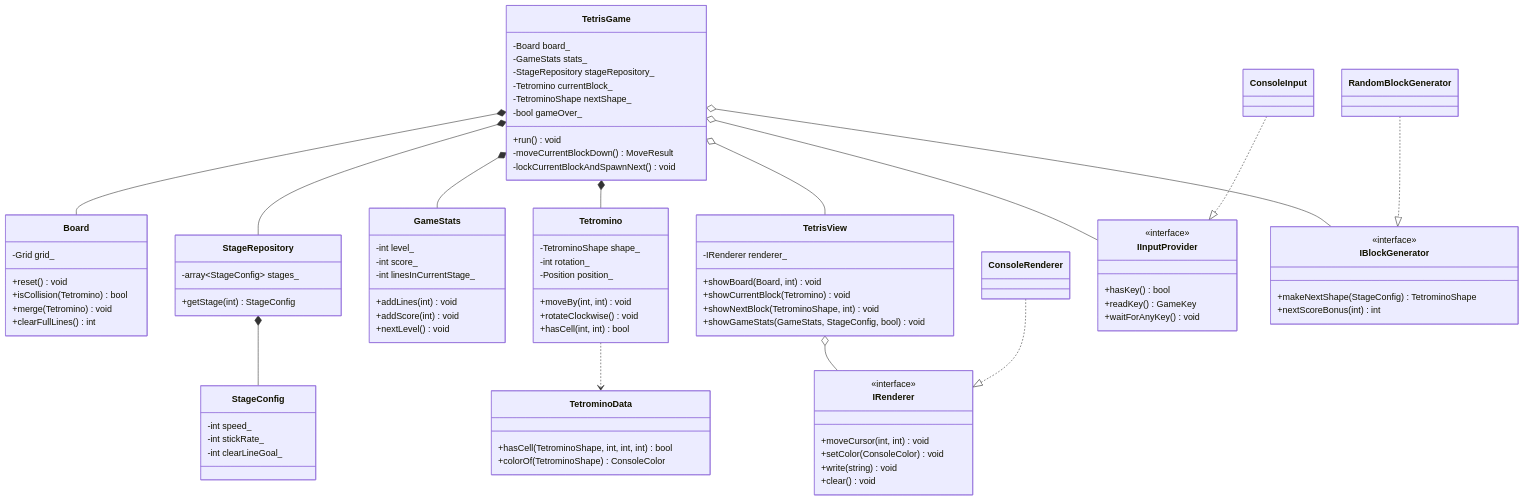
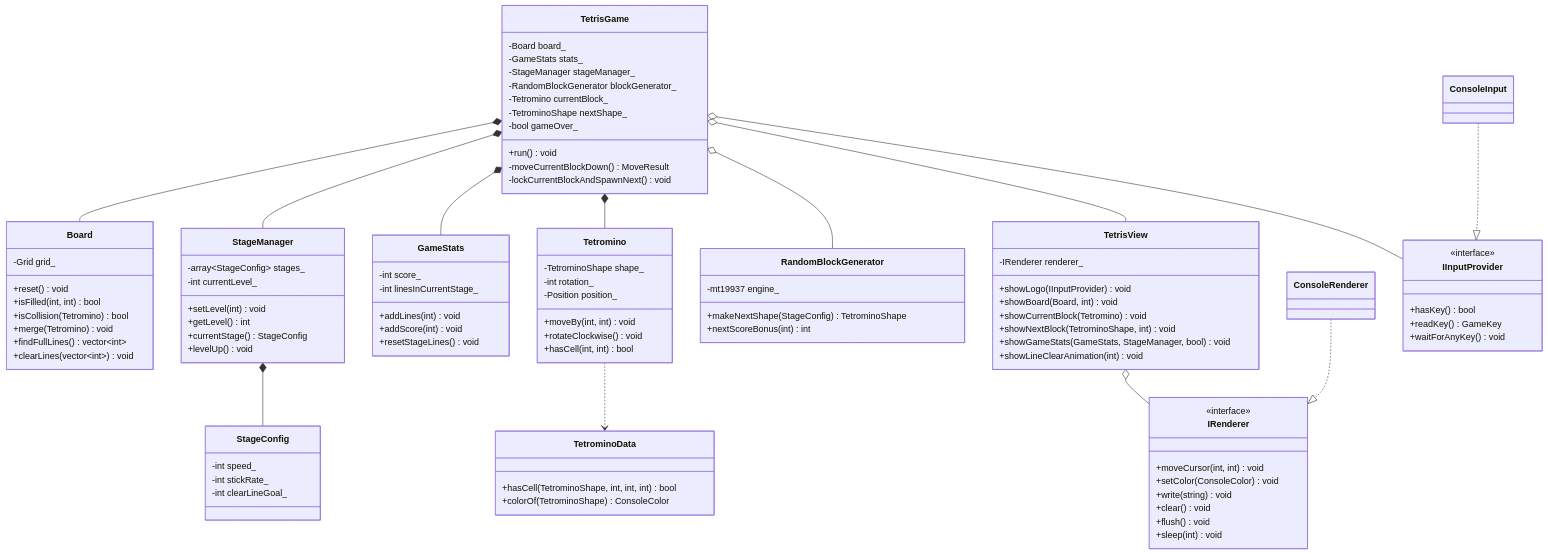
The diagram in docs/ClassDiagram.md (team-project-greenjoa/greenjoa), drawn with Mermaid before and after one commit. The commit also changed other lines of this file and 16 other files, not shown here.

Commit message:
Simplify Windows console Tetris architecture

````diff
--- a/docs/ClassDiagram.md
+++ b/docs/ClassDiagram.md
@@ -5,7 +5,8 @@
     class TetrisGame {
         -Board board_
         -GameStats stats_
-        -StageRepository stageRepository_
+        -StageManager stageManager_
+        -RandomBlockGenerator blockGenerator_
         -Tetromino currentBlock_
         -TetrominoShape nextShape_
         -bool gameOver_
@@ -17,9 +18,11 @@
     class Board {
         -Grid grid_
         +reset() void
+        +isFilled(int, int) bool
         +isCollision(Tetromino) bool
         +merge(Tetromino) void
-        +clearFullLines() int
+        +findFullLines() vector~int~
+        +clearLines(vector~int~) void
     }
 
     class Tetromino {
@@ -37,17 +40,20 @@
     }
 
     class GameStats {
-        -int level_
         -int score_
         -int linesInCurrentStage_
         +addLines(int) void
         +addScore(int) void
-        +nextLevel() void
+        +resetStageLines() void
     }
 
-    class StageRepository {
+    class StageManager {
         -array~StageConfig~ stages_
-        +getStage(int) StageConfig
+        -int currentLevel_
+        +setLevel(int) void
+        +getLevel() int
+        +currentStage() StageConfig
+        +levelUp() void
     }
 
     class StageConfig {
@@ -56,12 +62,20 @@
         -int clearLineGoal_
     }
 
+    class RandomBlockGenerator {
+        -mt19937 engine_
+        +makeNextShape(StageConfig) TetrominoShape
+        +nextScoreBonus(int) int
+    }
+
     class TetrisView {
         -IRenderer renderer_
+        +showLogo(IInputProvider) void
         +showBoard(Board, int) void
         +showCurrentBlock(Tetromino) void
         +showNextBlock(TetrominoShape, int) void
-        +showGameStats(GameStats, StageConfig, bool) void
+        +showGameStats(GameStats, StageManager, bool) void
+        +showLineClearAnimation(int) void
     }
 
     class IRenderer {
@@ -70,9 +84,12 @@
         +setColor(ConsoleColor) void
         +write(string) void
         +clear() void
+        +flush() void
+        +sleep(int) void
     }
 
     class ConsoleRenderer
+
     class IInputProvider {
         <<interface>>
         +hasKey() bool
@@ -81,25 +98,17 @@
     }
 
     class ConsoleInput
-    class IBlockGenerator {
-        <<interface>>
-        +makeNextShape(StageConfig) TetrominoShape
-        +nextScoreBonus(int) int
-    }
-
-    class RandomBlockGenerator
 
     TetrisGame *-- Board
     TetrisGame *-- GameStats
-    TetrisGame *-- StageRepository
+    TetrisGame *-- StageManager
     TetrisGame *-- Tetromino
+    TetrisGame o-- RandomBlockGenerator
     TetrisGame o-- TetrisView
     TetrisGame o-- IInputProvider
-    TetrisGame o-- IBlockGenerator
     TetrisView o-- IRenderer
     ConsoleRenderer ..|> IRenderer
     ConsoleInput ..|> IInputProvider
-    RandomBlockGenerator ..|> IBlockGenerator
-    StageRepository *-- StageConfig
+    StageManager *-- StageConfig
     Tetromino ..> TetrominoData
 ```
````
